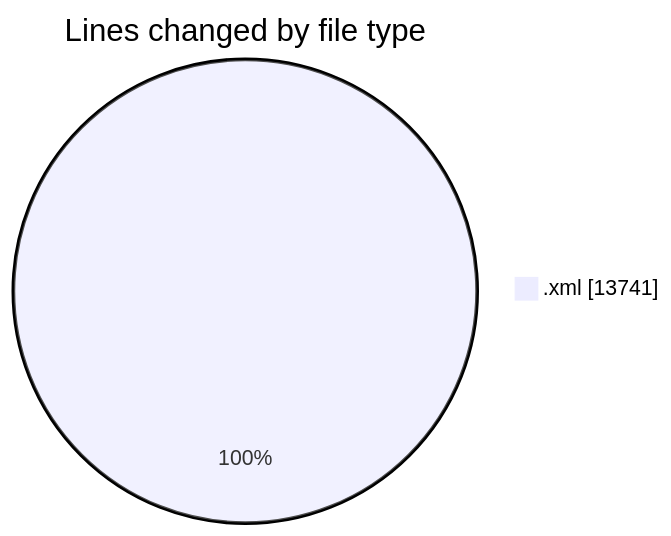
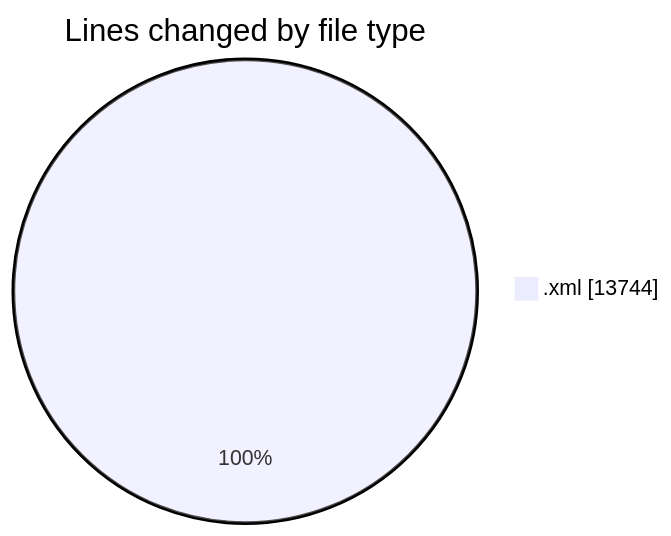
Before and after one commit to shibass792/code-tracking: the first of 2 diagrams in 2026-07-16/cubase_15_64/README.md, drawn with Mermaid. The commit also changed other lines of this file and 1 other file, not shown here.

````diff
--- a/2026-07-16/cubase_15_64/README.md
+++ b/2026-07-16/cubase_15_64/README.md
@@ -20,5 +20,5 @@
 ```mermaid
 pie showData
 title Lines changed by file type
-".xml" : 13741
+".xml" : 13744
 ```
````
